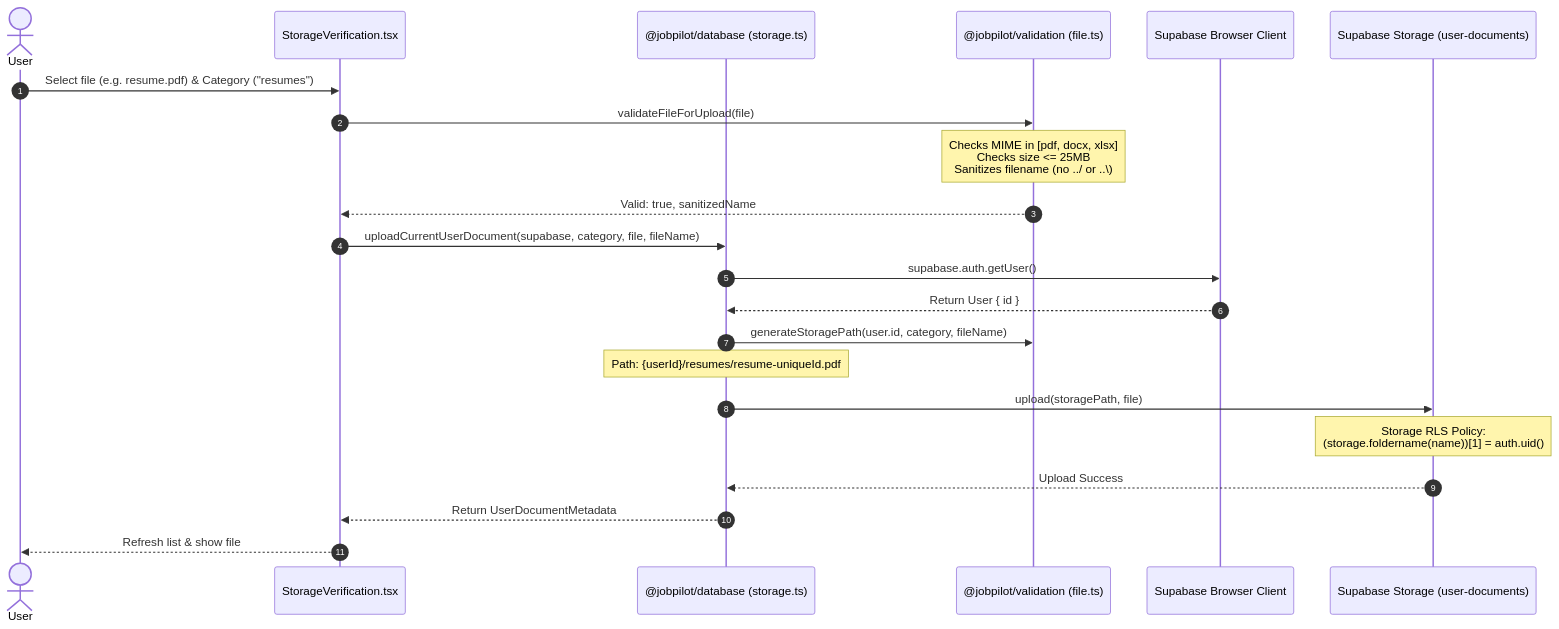
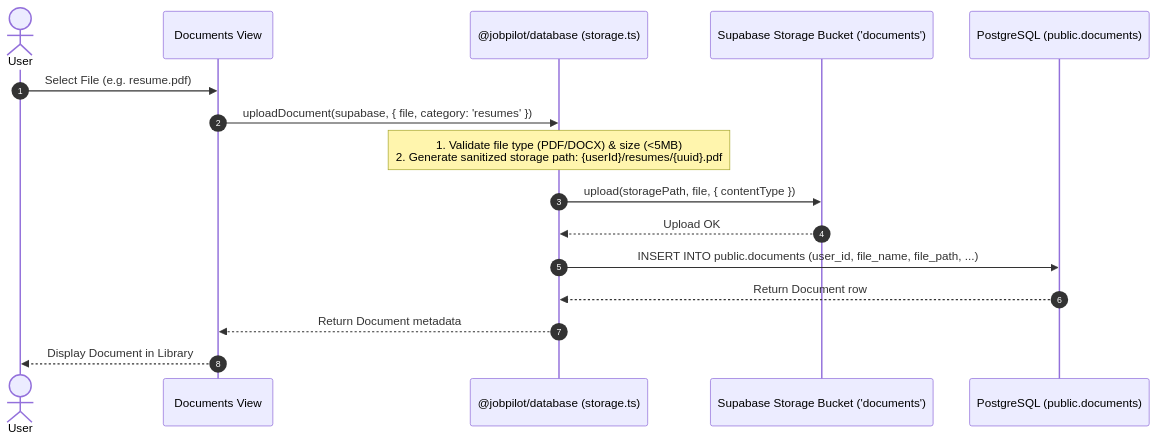
Before and after one commit to 1priteshdhumal2/Job-Application-Assistant: the fifth of 8 diagrams in docs/flow.md, drawn with Mermaid. The commit also changed other lines of this file and 36 other files, not shown here.

````diff
--- a/docs/flow.md
+++ b/docs/flow.md
@@ -95,26 +123,19 @@
 ```mermaid
 sequenceDiagram
     autonumber
     actor User
-    participant React as StorageVerification.tsx
+    participant UI as Documents View
     participant Service as @jobpilot/database (storage.ts)
-    participant Validation as @jobpilot/validation (file.ts)
-    participant Client as Supabase Browser Client
-    participant Storage as Supabase Storage (user-documents)
+    participant Storage as Supabase Storage Bucket ('documents')
+    participant DB as PostgreSQL (public.documents)
 
-    User->>React: Select file (e.g. resume.pdf) & Category ("resumes")
-    React->>Validation: validateFileForUpload(file)
-    Note over Validation: Checks MIME in [pdf, docx, xlsx]<br/>Checks size <= 25MB<br/>Sanitizes filename (no ../ or ..\)
-    Validation-->>React: Valid: true, sanitizedName
-
-    React->>Service: uploadCurrentUserDocument(supabase, category, file, fileName)
-    Service->>Client: supabase.auth.getUser()
-    Client-->>Service: Return User { id }
-    Service->>Validation: generateStoragePath(user.id, category, fileName)
-    Note over Service: Path: {userId}/resumes/resume-uniqueId.pdf
-    Service->>Storage: upload(storagePath, file)
-    Note over Storage: Storage RLS Policy:<br/>(storage.foldername(name))[1] = auth.uid()
-    Storage-->>Service: Upload Success
-    Service-->>React: Return UserDocumentMetadata
-    React-->>User: Refresh list & show file
+    User->>UI: Select File (e.g. resume.pdf)
+    UI->>Service: uploadDocument(supabase, { file, category: 'resumes' })
+    Note over Service: 1. Validate file type (PDF/DOCX) & size (<5MB)<br/>2. Generate sanitized storage path: {userId}/resumes/{uuid}.pdf
+    Service->>Storage: upload(storagePath, file, { contentType })
+    Storage-->>Service: Upload OK
+    Service->>DB: INSERT INTO public.documents (user_id, file_name, file_path, ...)
+    DB-->>Service: Return Document row
+    Service-->>UI: Return Document metadata
+    UI-->>User: Display Document in Library
 ```
````
